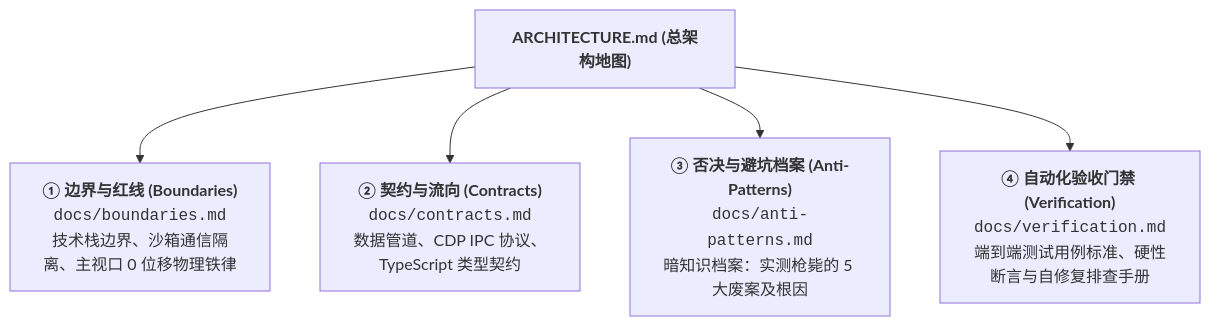
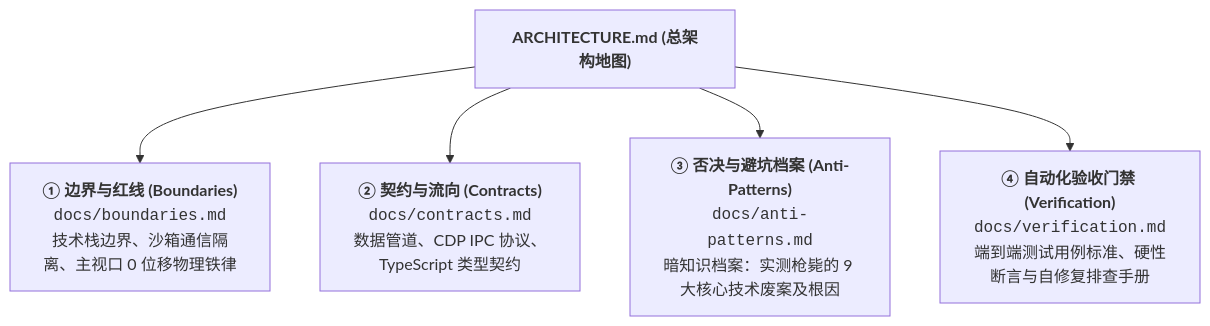
One commit to moumouye/antigravity-timeline changed the diagram in ARCHITECTURE.md. Above: the diagram before and after it, drawn with Mermaid. The commit also changed other lines of this file and 6 other files, not shown here.

````diff
--- a/ARCHITECTURE.md
+++ b/ARCHITECTURE.md
@@ -12,14 +12,14 @@
 ```mermaid
 flowchart TD
     Hub["<b>ARCHITECTURE.md (总架构地图)</b>"]
 
     Doc1["<b>① 边界与红线 (Boundaries)</b><br/><code>docs/boundaries.md</code><br/>技术栈边界、沙箱通信隔离、主视口 0 位移物理铁律"]
     Doc2["<b>② 契约与流向 (Contracts)</b><br/><code>docs/contracts.md</code><br/>数据管道、CDP IPC 协议、TypeScript 类型契约"]
-    Doc3["<b>③ 否决与避坑档案 (Anti-Patterns)</b><br/><code>docs/anti-patterns.md</code><br/>暗知识档案：实测枪毙的 5 大废案及根因"]
+    Doc3["<b>③ 否决与避坑档案 (Anti-Patterns)</b><br/><code>docs/anti-patterns.md</code><br/>暗知识档案：实测枪毙的 9 大核心技术废案及根因"]
     Doc4["<b>④ 自动化验收门禁 (Verification)</b><br/><code>docs/verification.md</code><br/>端到端测试用例标准、硬性断言与自修复排查手册"]
 
     Hub --> Doc1
     Hub --> Doc2
     Hub --> Doc3
     Hub --> Doc4
 ```
````
